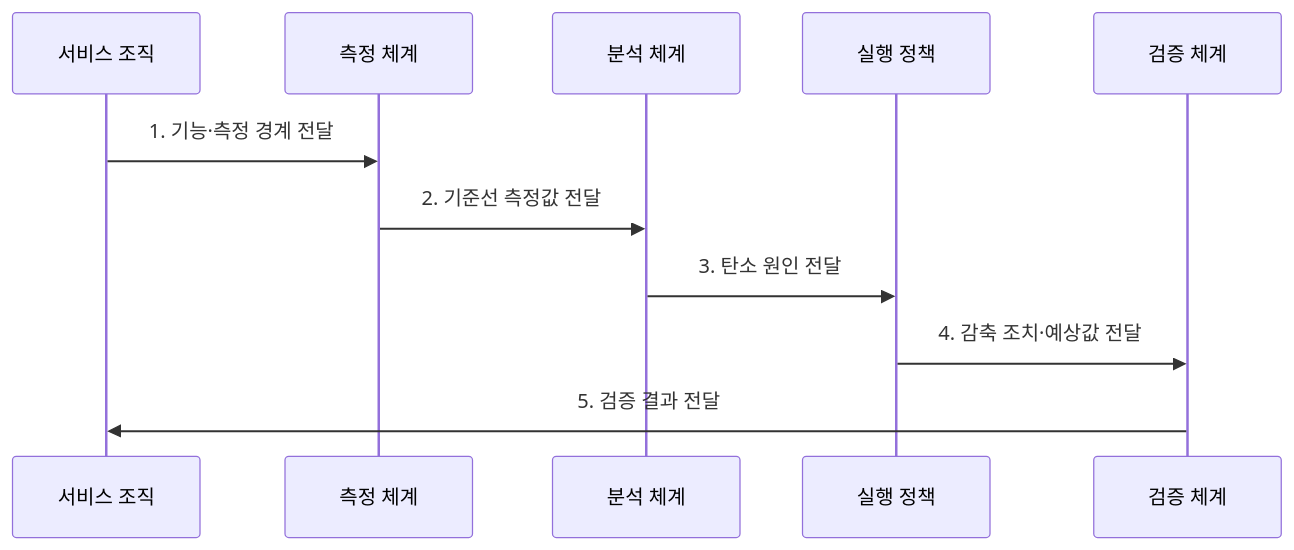
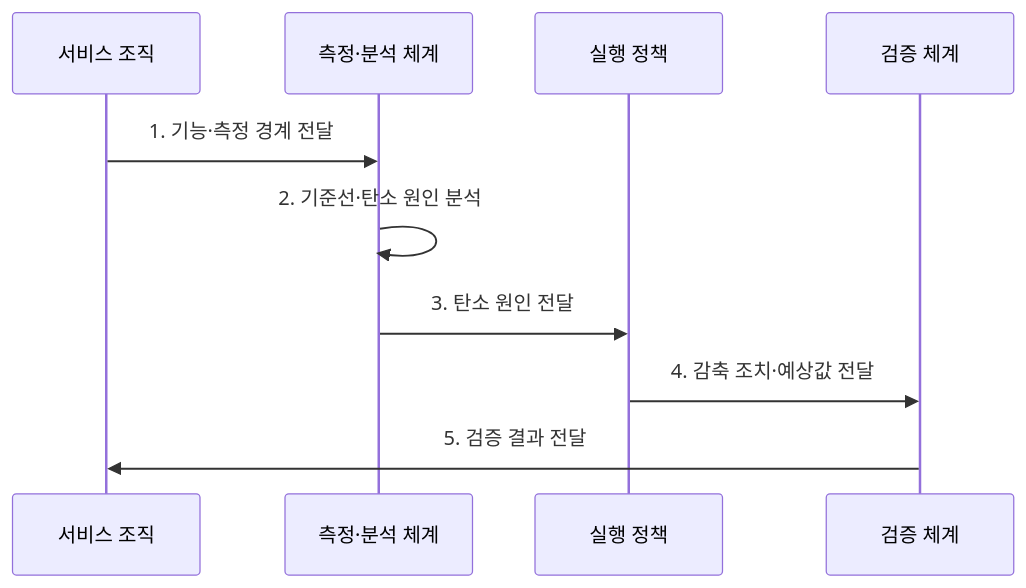
One commit to agnusdei1207/knowledge-base changed the second of 2 diagrams in src/content/docs/notes/08-latest-tech/196_green_software.md. Above: the diagram before and after it, drawn with Mermaid. The commit also changed other lines of this file and 6 other files, not shown here.

Commit message:
Focus sustainability and emerging technology flows

````diff
--- a/src/content/docs/notes/08-latest-tech/196_green_software.md
+++ b/src/content/docs/notes/08-latest-tech/196_green_software.md
@@ -99,13 +99,12 @@
 ```mermaid
 sequenceDiagram
   participant O as 서비스 조직
-  participant M as 측정 체계
-  participant A as 분석 체계
+    participant M as 측정·분석 체계
   participant P as 실행 정책
   participant V as 검증 체계
   O->>M: 1. 기능·측정 경계 전달
-  M->>A: 2. 기준선 측정값 전달
-  A->>P: 3. 탄소 원인 전달
+    M->>M: 2. 기준선·탄소 원인 분석
+    M->>P: 3. 탄소 원인 전달
   P->>V: 4. 감축 조치·예상값 전달
   V->>O: 5. 검증 결과 전달
 ```
````
